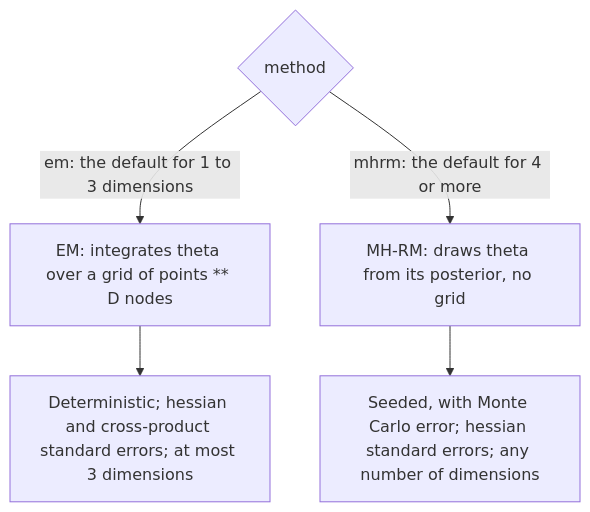
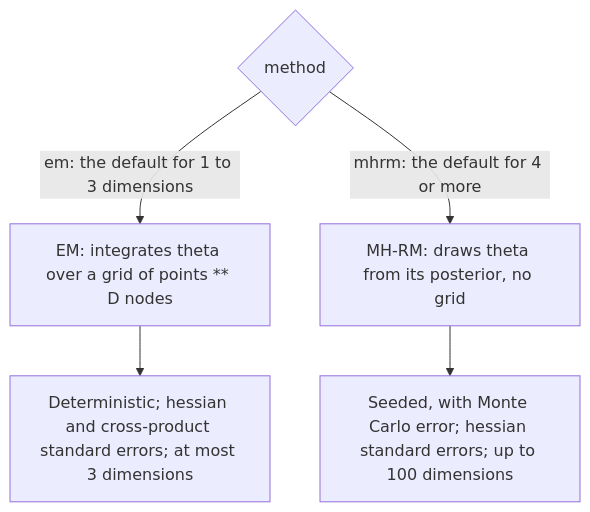
One commit to measurekit/measurekit changed the first of 6 diagrams in docs/psychometrics/multidimensional.md. Above: the diagram before and after it, drawn with Mermaid. The commit also changed other lines of this file and 12 other files, not shown here.

````diff
--- a/docs/psychometrics/multidimensional.md
+++ b/docs/psychometrics/multidimensional.md
@@ -80,7 +80,7 @@
 ```mermaid
 flowchart TD
   M{"method"} -->|"em: the default for 1 to 3 dimensions"| E["EM: integrates theta over a grid of points ** D nodes"]
   M -->|"mhrm: the default for 4 or more"| H["MH-RM: draws theta from its posterior, no grid"]
   E --> EO["Deterministic; hessian and cross-product standard errors; at most 3 dimensions"]
-  H --> HO["Seeded, with Monte Carlo error; hessian standard errors; any number of dimensions"]
+  H --> HO["Seeded, with Monte Carlo error; hessian standard errors; up to 100 dimensions"]
 ```
````
